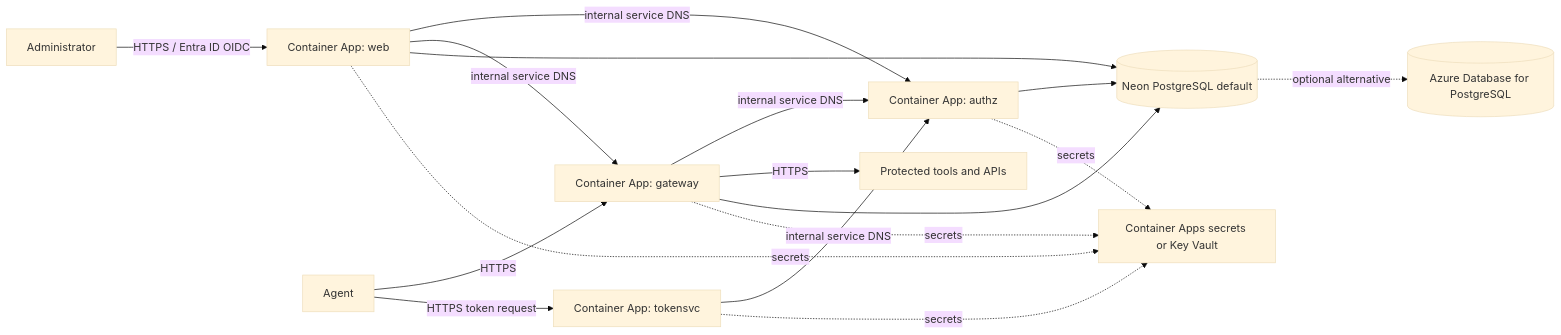
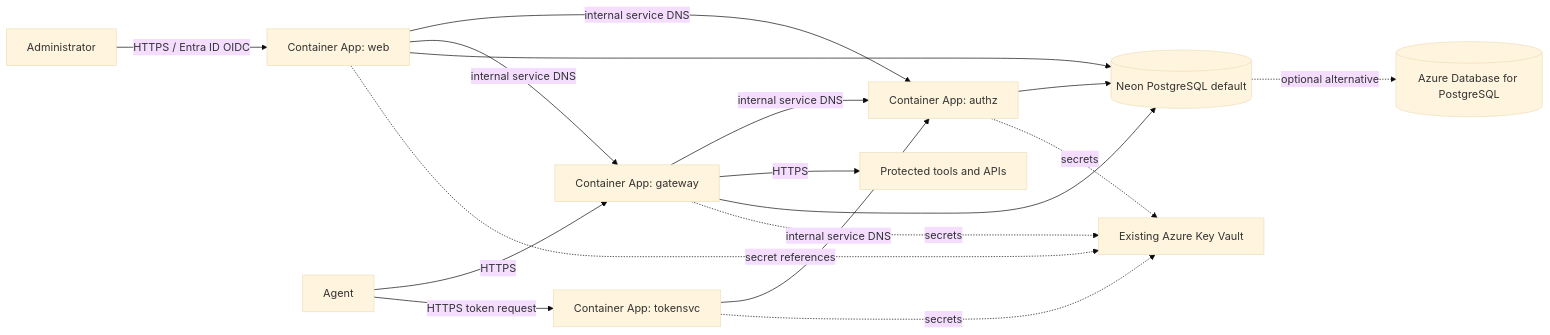
The first of 2 diagrams in docs/azure/architecture.md (stevef1uk/agent-gateway-runtime), drawn with Mermaid (base theme) before and after one commit. The commit also changed other lines of this file and 15 other files, not shown here.

````diff
--- a/docs/azure/architecture.md
+++ b/docs/azure/architecture.md
@@ -17,19 +17,19 @@
 ```mermaid
 flowchart LR
   Admin[Administrator] -->|HTTPS / Entra ID OIDC| Web[Container App: web]
   Agent[Agent] -->|HTTPS| Gateway[Container App: gateway]
   Agent -->|HTTPS token request| Tokens[Container App: tokensvc]
   Web -->|internal service DNS| Authz[Container App: authz]
   Web -->|internal service DNS| Gateway
   Tokens -->|internal service DNS| Authz
   Gateway -->|internal service DNS| Authz
   Gateway -->|HTTPS| Upstream[Protected tools and APIs]
   Web --> State[(Neon PostgreSQL default)]
   Authz --> State
   Gateway --> State
   State -. optional alternative .-> AzureDB[(Azure Database for PostgreSQL)]
-  Web -. secrets .-> Secrets[Container Apps secrets or Key Vault]
+  Web -. secret references .-> Secrets[Existing Azure Key Vault]
   Gateway -. secrets .-> Secrets
   Tokens -. secrets .-> Secrets
   Authz -. secrets .-> Secrets
 ```
````
